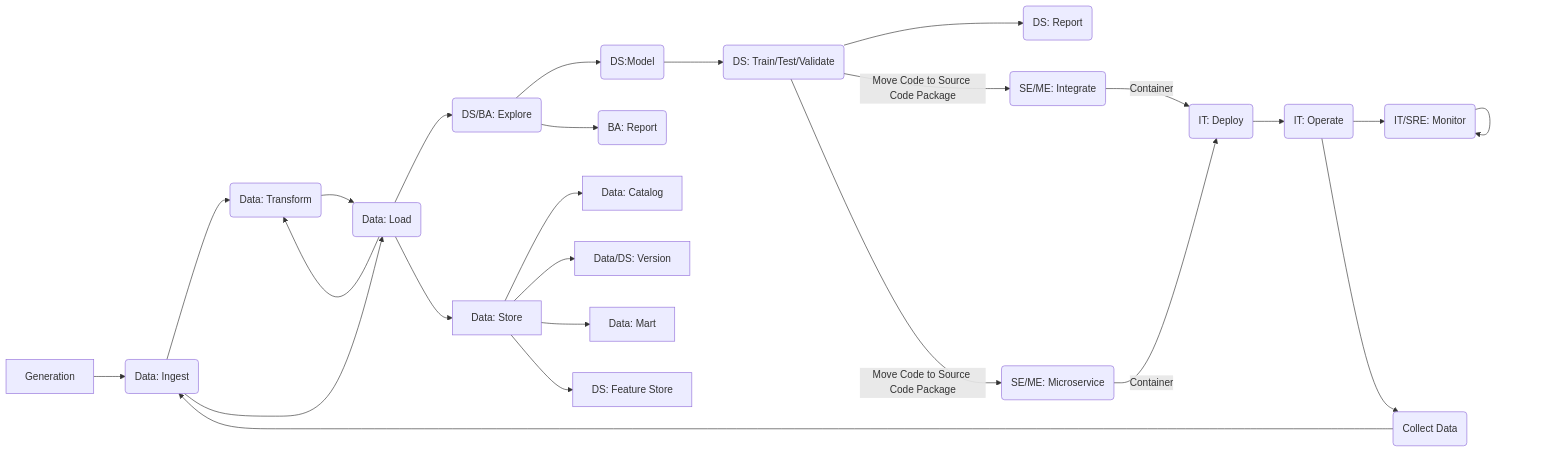
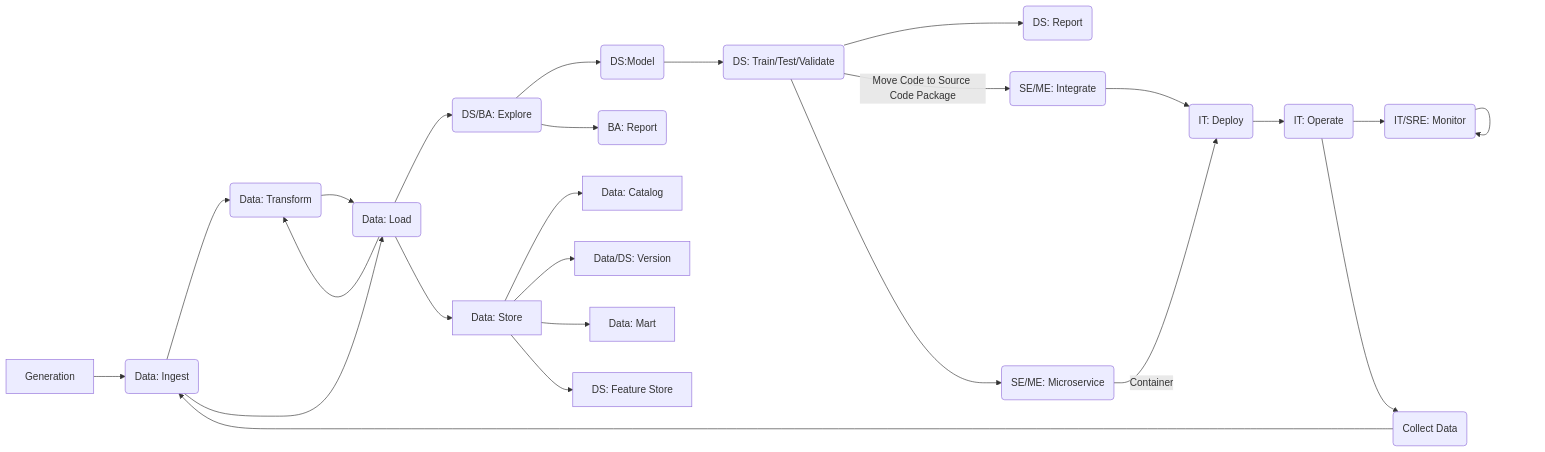
Before and after one commit to mraarone/dsbaseline: the diagram in docs/docs/index.md, drawn with Mermaid.

````diff
--- a/docs/docs/index.md
+++ b/docs/docs/index.md
@@ -118,15 +118,16 @@
 ```mermaid
 flowchart LR
     A[Generation] --> B(Data: Ingest) --> C(Data: Transform) --> D(Data: Load) --> E(DS/BA: Explore) --> G(DS:Model)
     G --> H(DS: Train/Test/Validate) --> I(DS: Report)
-    H -->|Move Code to Source Code Package| O(SE/ME: Integrate) & P(SE/ME: Microservice) -->|Container| Q(IT: Deploy) --> R(IT: Operate) --> S(IT/SRE: Monitor) --> S
+    H -->|Move Code to Source Code Package| O(SE/ME: Integrate) --> Q(IT: Deploy) --> R(IT: Operate) --> S(IT/SRE: Monitor) --> S
+    H --> P(SE/ME: Microservice) -->|Container| Q
     R --> U(Collect Data) --> B
     E --> T(BA: Report)
     B --> D
     D --> C
     D --> J[Data: Store]
     J --> K[Data: Catalog]
     J --> L[Data/DS: Version]
     J --> M[Data: Mart]
     J --> N[DS: Feature Store]
 ```
````
